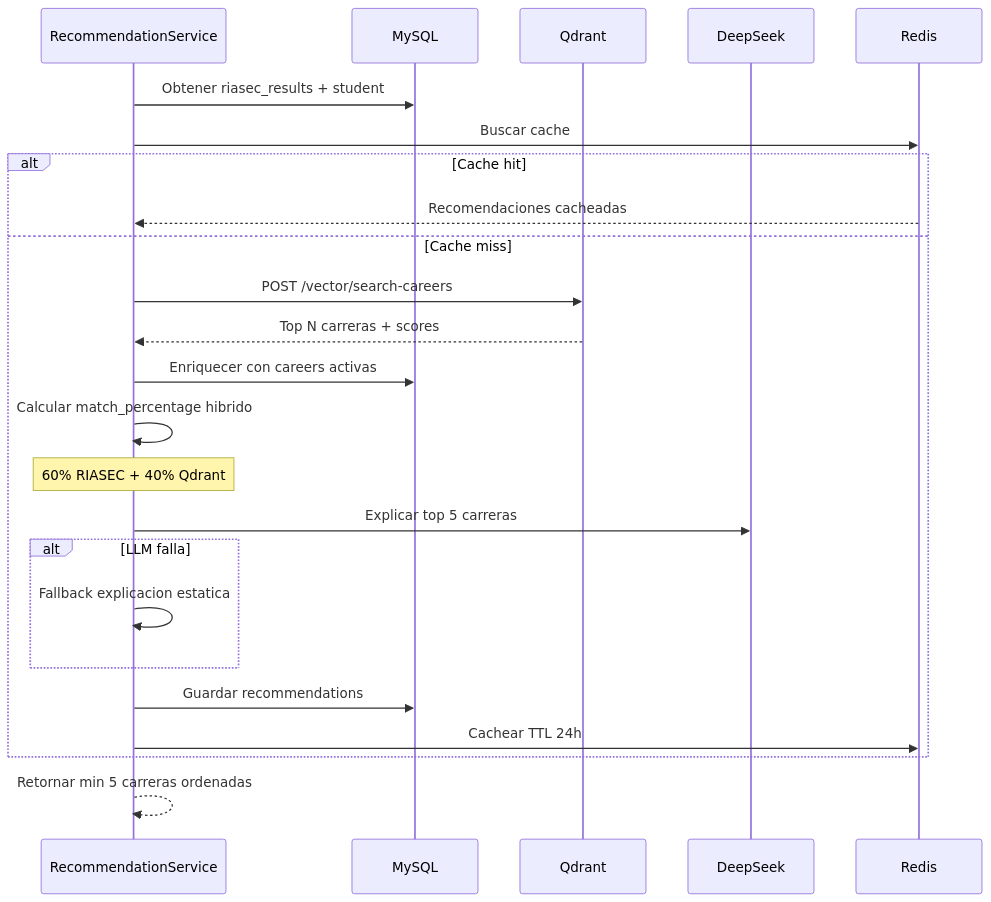
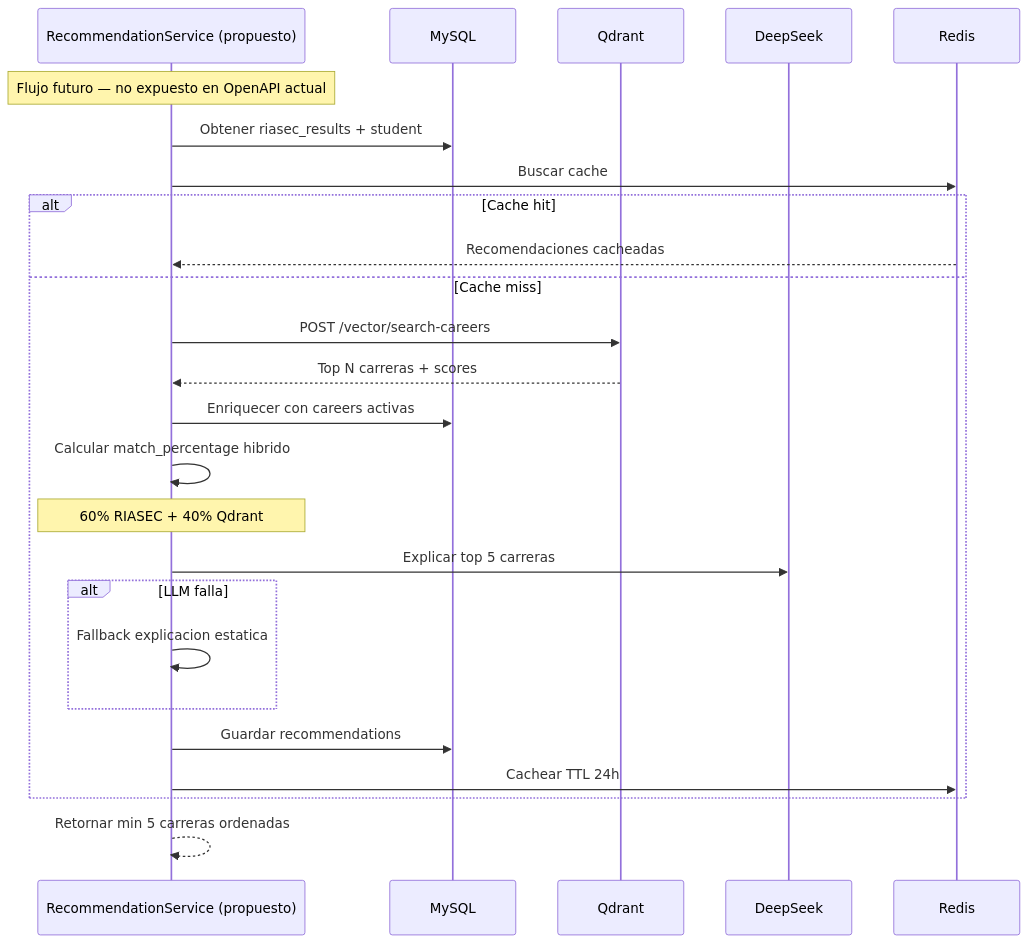
One commit to boris13jbb/avov-platform changed the third of 6 diagrams in docs/flujos.md. Above: the diagram before and after it, drawn with Mermaid. The commit also changed other lines of this file and 7 other files, not shown here.

````diff
--- a/docs/flujos.md
+++ b/docs/flujos.md
@@ -135,27 +137,28 @@
 ```mermaid
 sequenceDiagram
-    participant API as RecommendationService
+    participant API as RecommendationService (propuesto)
     participant MySQL as MySQL
     participant Qdrant as Qdrant
     participant LLM as DeepSeek
     participant Redis as Redis
 
+    Note over API: Flujo futuro — no expuesto en OpenAPI actual
     API->>MySQL: Obtener riasec_results + student
     API->>Redis: Buscar cache
     alt Cache hit
         Redis-->>API: Recomendaciones cacheadas
     else Cache miss
         API->>Qdrant: POST /vector/search-careers
         Qdrant-->>API: Top N carreras + scores
         API->>MySQL: Enriquecer con careers activas
         API->>API: Calcular match_percentage hibrido
         Note over API: 60% RIASEC + 40% Qdrant
         API->>LLM: Explicar top 5 carreras
         alt LLM falla
             API->>API: Fallback explicacion estatica
         end
         API->>MySQL: Guardar recommendations
         API->>Redis: Cachear TTL 24h
     end
     API-->>API: Retornar min 5 carreras ordenadas
 ```
````
